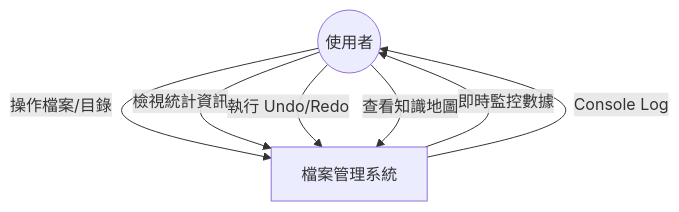
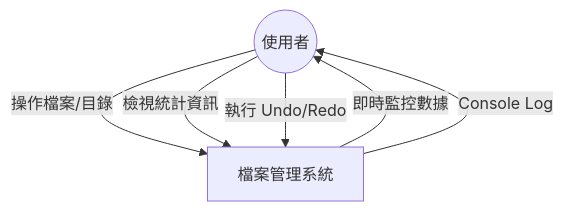
Before and after one commit to yestaro/design-patterns: the first of 7 diagrams in spec.md, drawn with Mermaid. The commit also changed other lines of this file and 8 other files, not shown here.

Commit message:
feat: 新增 ER、Explorer、Code、Domain 頁籤元件並初始化應用程式結構與文件。

````diff
--- a/spec.md
+++ b/spec.md
@@ -10,12 +11,10 @@
 ```mermaid
 graph TD
     User((使用者))
     FMS[檔案管理系統]
-    
     User -->|操作檔案/目錄| FMS
     User -->|檢視統計資訊| FMS
     User -->|執行 Undo/Redo| FMS
-    User -->|查看知識地圖| FMS
     FMS -->|即時監控數據| User
     FMS -->|Console Log| User
 ```
````
